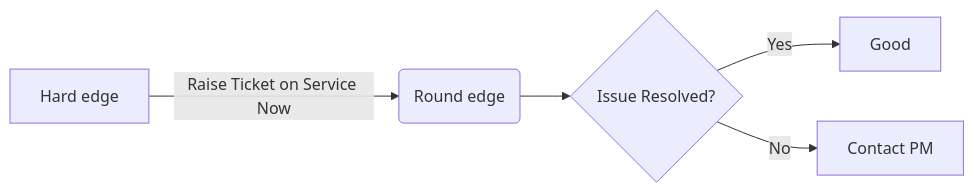
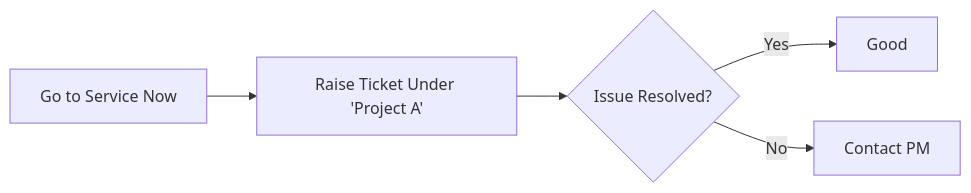
The diagram in README.md (ro-rh/boilerplate-tests), drawn with Mermaid before and after one commit.

````diff
--- a/README.md
+++ b/README.md
@@ -85,7 +85,7 @@
 ```mermaid
 flowchart LR
-    A[Hard edge] -->|Raise Ticket on Service Now| B(Round edge)
+    A[Go to Service Now] --> B[Raise Ticket Under 'Project A']
     B --> C{Issue Resolved?}
     C -->|Yes| D[Good]
     C -->|No| E[Contact PM]
 ```
````
